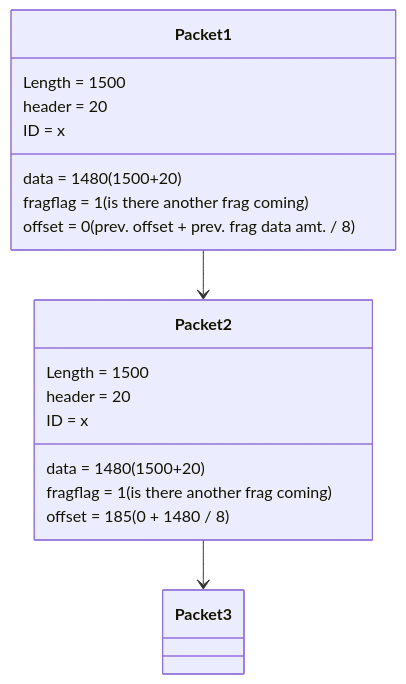
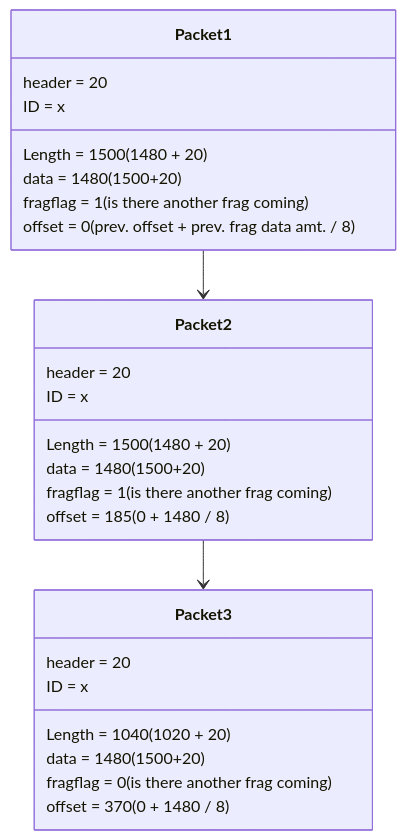
One commit to nicholasverdugo/Obsidian changed the diagram in CNT4007 Notes.md. Above: the diagram before and after it, drawn with Mermaid. The commit also changed other lines of this file, not shown here.

Commit message:
vault backup: 2022-09-19 10:15:34

````diff
--- a/CNT4007 Notes.md
+++ b/CNT4007 Notes.md
@@ -12,17 +12,23 @@
 ```mermaid
 classDiagram
 Packet1-->Packet2
-Packet1 : Length = 1500
+Packet1 : Length = 1500 (1480 + 20)
 Packet1 : header = 20
 Packet1 : data = 1480 (1500+20)
 Packet1 : ID = x
 Packet1 : fragflag = 1 (is there another frag coming)
 Packet1 : offset = 0 (prev. offset + prev. frag data amt. / 8)
 Packet2-->Packet3
-Packet2 : Length = 1500
+Packet2 : Length = 1500 (1480 + 20)
 Packet2 : header = 20
 Packet2 : data = 1480 (1500+20)
 Packet2 : ID = x
-Packet2 : fragflag = 1 (is there another frag coming)
+Packet2 : fragflag = 1 (is there another frag coming) 
 Packet2 : offset = 185 (0 + 1480 / 8)
+Packet3 : Length = 1040 (1020 + 20)
+Packet3 : header = 20
+Packet3 : data = 1480 (1500+20)
+Packet3 : ID = x
+Packet3 : fragflag = 0 (is there another frag coming)
+Packet3 : offset = 370 (0 + 1480 / 8)
 ```
````
